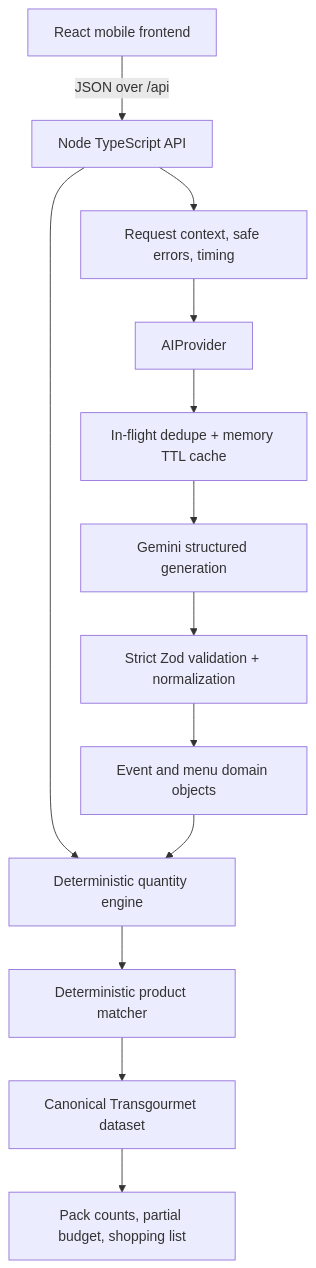
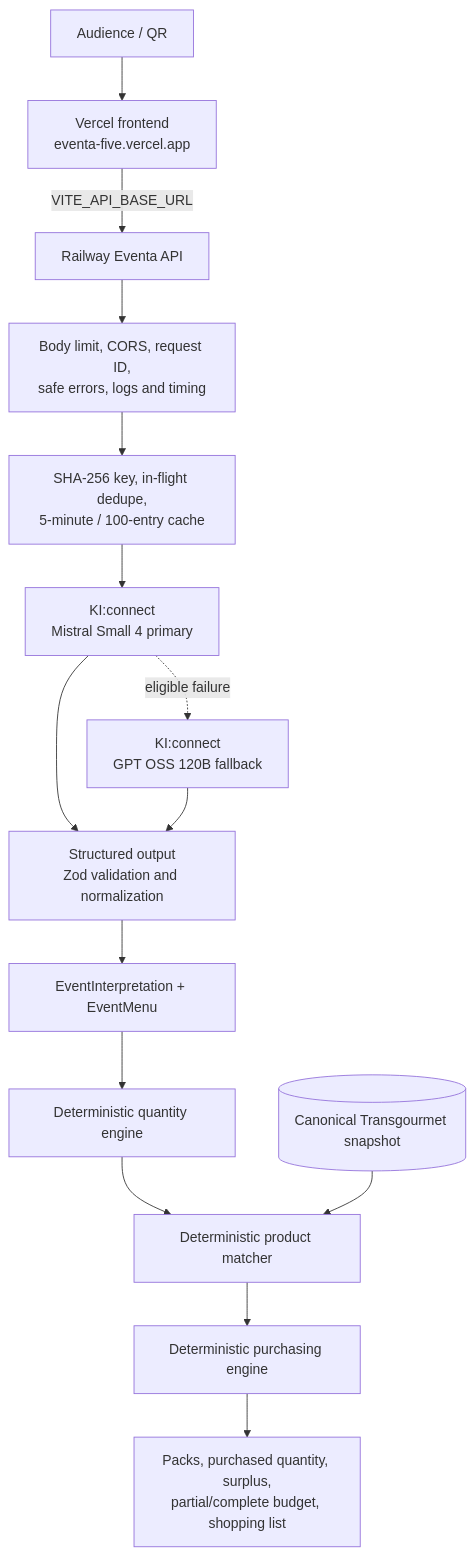
Before and after one commit to farnazkh23/Eventa: the first of 2 diagrams in docs/ARCHITECTURE.md, drawn with Mermaid. The commit also changed other lines of this file and 33 other files, not shown here.

Commit message:
chore: align Eventa architecture and documentation

````diff
--- a/docs/ARCHITECTURE.md
+++ b/docs/ARCHITECTURE.md
@@ -5,15 +11,17 @@
 ```mermaid
 flowchart TD
-  UI[React mobile frontend] -->|JSON over /api| API[Node TypeScript API]
-  API --> TRACE[Request context, safe errors, timing]
-  TRACE --> PROVIDER[AIProvider]
-  PROVIDER --> CACHE[In-flight dedupe + memory TTL cache]
-  CACHE --> GEMINI[Gemini structured generation]
-  GEMINI --> ZOD[Strict Zod validation + normalization]
-  ZOD --> DOMAIN[Event and menu domain objects]
-  API --> QTY[Deterministic quantity engine]
-  DOMAIN --> QTY
-  QTY --> MATCHER[Deterministic product matcher]
-  MATCHER --> CATALOGUE[Canonical Transgourmet dataset]
-  CATALOGUE --> OUTPUT[Pack counts, partial budget, shopping list]
+  QR[Audience / QR] --> WEB[Vercel frontend<br/>eventa-five.vercel.app]
+  WEB -->|VITE_API_BASE_URL| API[Railway Eventa API]
+  API --> HTTP[Body limit, CORS, request ID,<br/>safe errors, logs and timing]
+  HTTP --> CACHE[SHA-256 key, in-flight dedupe,<br/>5-minute / 100-entry cache]
+  CACHE --> PRIMARY[KI:connect<br/>Mistral Small 4 primary]
+  PRIMARY -. eligible failure .-> FALLBACK[KI:connect<br/>GPT OSS 120B fallback]
+  PRIMARY --> VALIDATE[Structured output<br/>Zod validation and normalization]
+  FALLBACK --> VALIDATE
+  VALIDATE --> DOMAIN[EventInterpretation + EventMenu]
+  DOMAIN --> QUANTITY[Deterministic quantity engine]
+  QUANTITY --> MATCHER[Deterministic product matcher]
+  CATALOGUE[(Canonical Transgourmet snapshot)] --> MATCHER
+  MATCHER --> PURCHASE[Deterministic purchasing engine]
+  PURCHASE --> RESULT[Packs, purchased quantity, surplus,<br/>partial/complete budget, shopping list]
 ```
````
